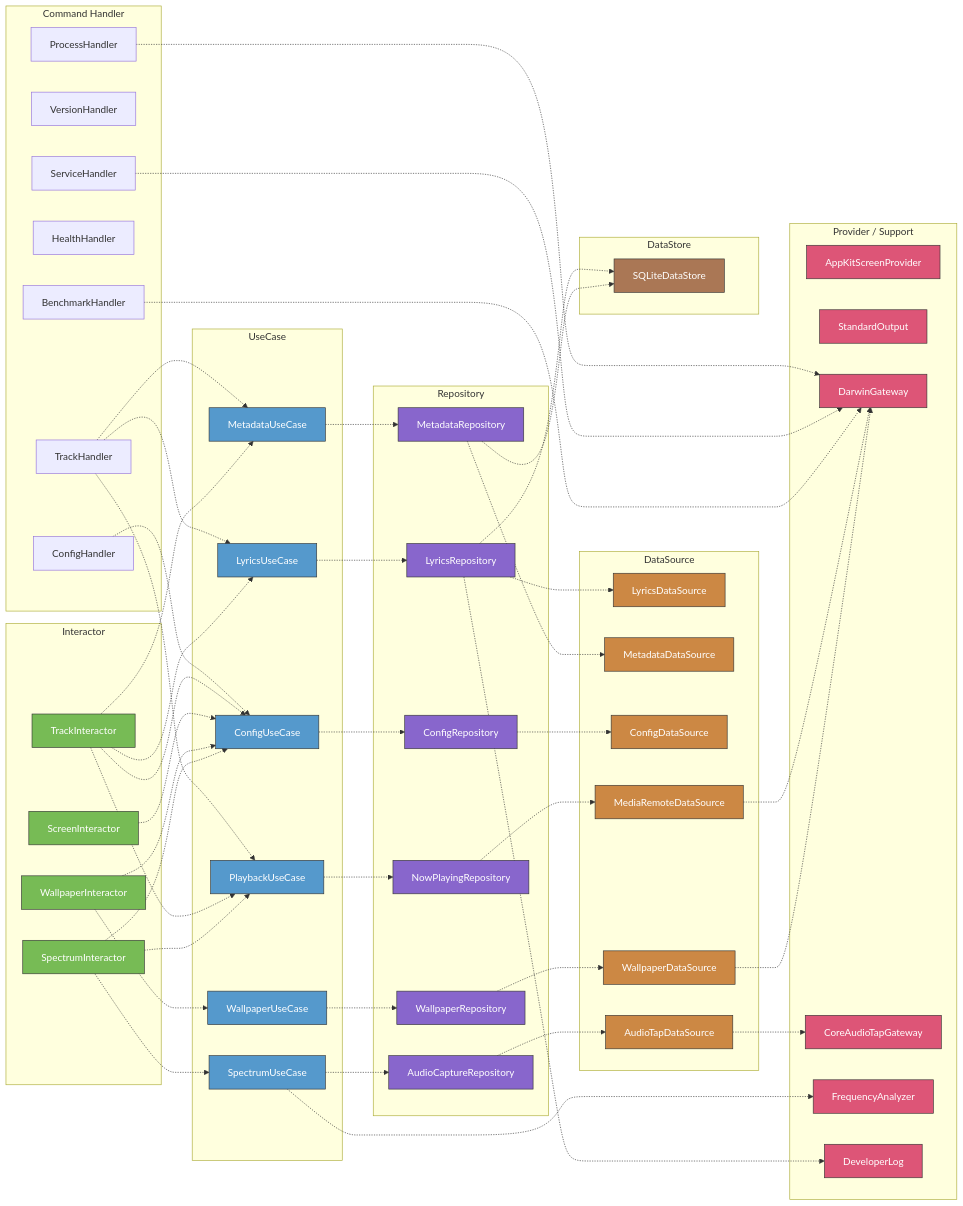
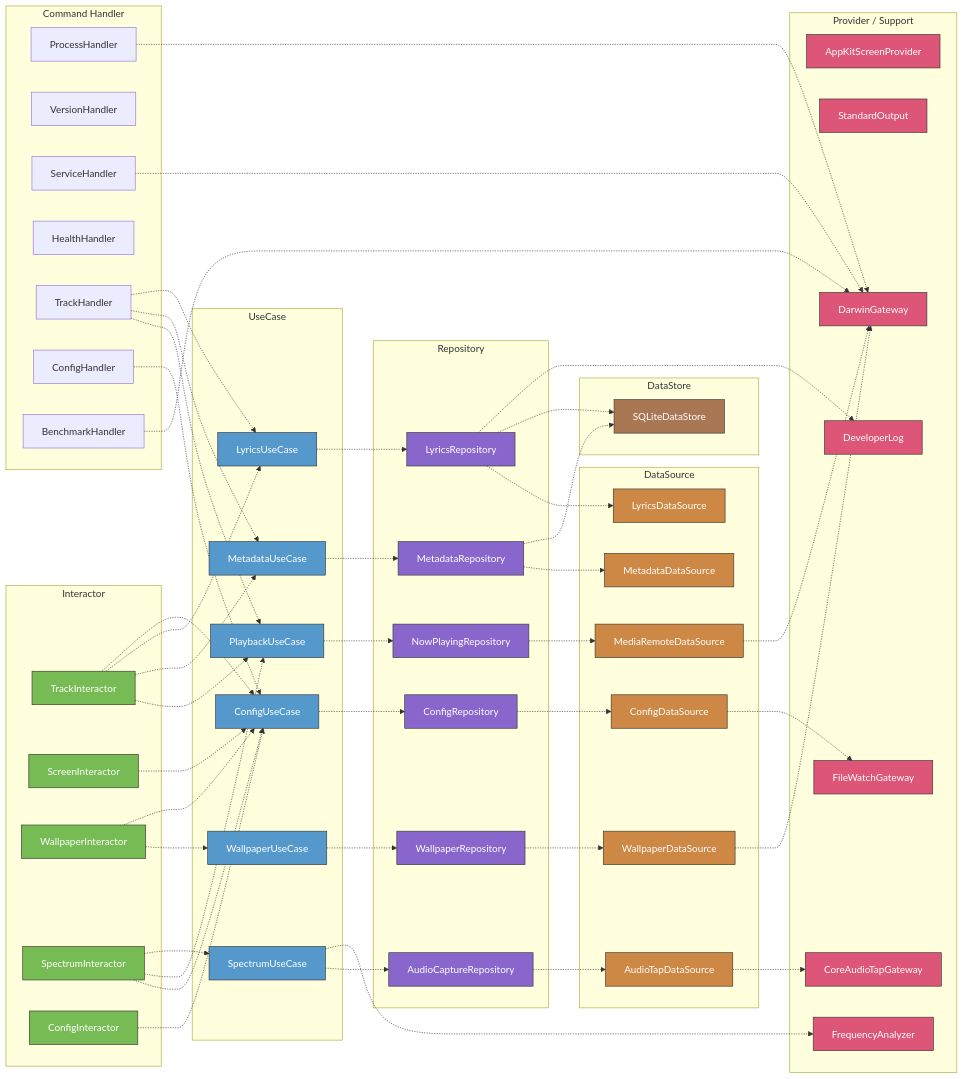
Before and after one commit to GeneralD/lyra: the second of 3 diagrams in docs/ARCHITECTURE.md, drawn with Mermaid. The commit also changed other lines of this file and 80 other files, not shown here.

````diff
--- a/docs/ARCHITECTURE.md
+++ b/docs/ARCHITECTURE.md
@@ -110,6 +110,7 @@
         ScreenInteractor[ScreenInteractor]
         WallpaperInteractor[WallpaperInteractor]
         SpectrumInteractor[SpectrumInteractor]
+        ConfigInteractor[ConfigInteractor]
     end
 
     subgraph UseCase
@@ -145,6 +146,7 @@
         DarwinGateway[DarwinGateway]
         CoreAudioTapGateway[CoreAudioTapGateway]
         FrequencyAnalyzer[FrequencyAnalyzer]
+        FileWatchGateway[FileWatchGateway]
         DeveloperLog[DeveloperLog]
     end
 
@@ -161,6 +163,7 @@
     ScreenInteractor -.-> ConfigUseCase
     WallpaperInteractor -.-> WallpaperUseCase & ConfigUseCase
     SpectrumInteractor -.-> ConfigUseCase & PlaybackUseCase & SpectrumUseCase
+    ConfigInteractor -.-> ConfigUseCase
     SpectrumUseCase -.-> AudioCaptureRepository
     SpectrumUseCase -.-> FrequencyAnalyzer
     AudioCaptureRepository -.-> AudioTapDataSource
@@ -176,12 +179,14 @@
     WallpaperRepository -.-> WallpaperDataSource
     MediaRemoteDataSource -.-> DarwinGateway
     WallpaperDataSource -.-> DarwinGateway
+    ConfigDataSource -.-> FileWatchGateway
     AudioTapDataSource -.-> CoreAudioTapGateway
 
     style TrackInteractor fill:#7b5,stroke:#333,color:#fff
     style ScreenInteractor fill:#7b5,stroke:#333,color:#fff
     style WallpaperInteractor fill:#7b5,stroke:#333,color:#fff
     style SpectrumInteractor fill:#7b5,stroke:#333,color:#fff
+    style ConfigInteractor fill:#7b5,stroke:#333,color:#fff
     style ConfigUseCase fill:#59c,stroke:#333,color:#fff
     style PlaybackUseCase fill:#59c,stroke:#333,color:#fff
     style LyricsUseCase fill:#59c,stroke:#333,color:#fff
@@ -205,6 +210,7 @@
     style DarwinGateway fill:#d57,stroke:#333,color:#fff
     style CoreAudioTapGateway fill:#d57,stroke:#333,color:#fff
     style FrequencyAnalyzer fill:#d57,stroke:#333,color:#fff
+    style FileWatchGateway fill:#d57,stroke:#333,color:#fff
     style DeveloperLog fill:#d57,stroke:#333,color:#fff
     style SQLiteDataStore fill:#a75,stroke:#333,color:#fff
 ```
````
